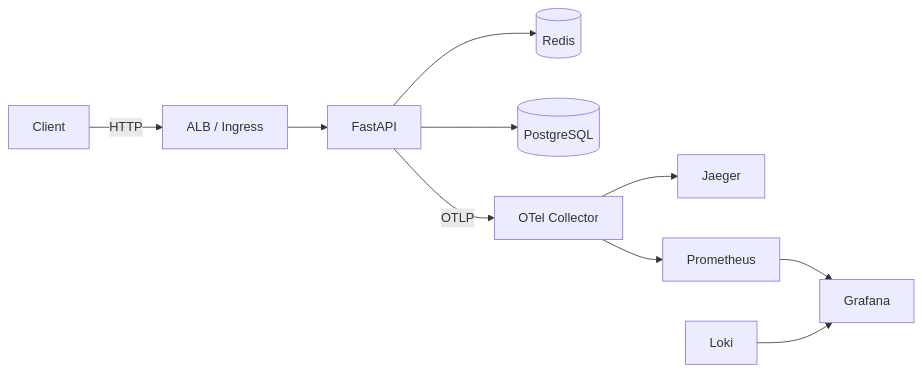
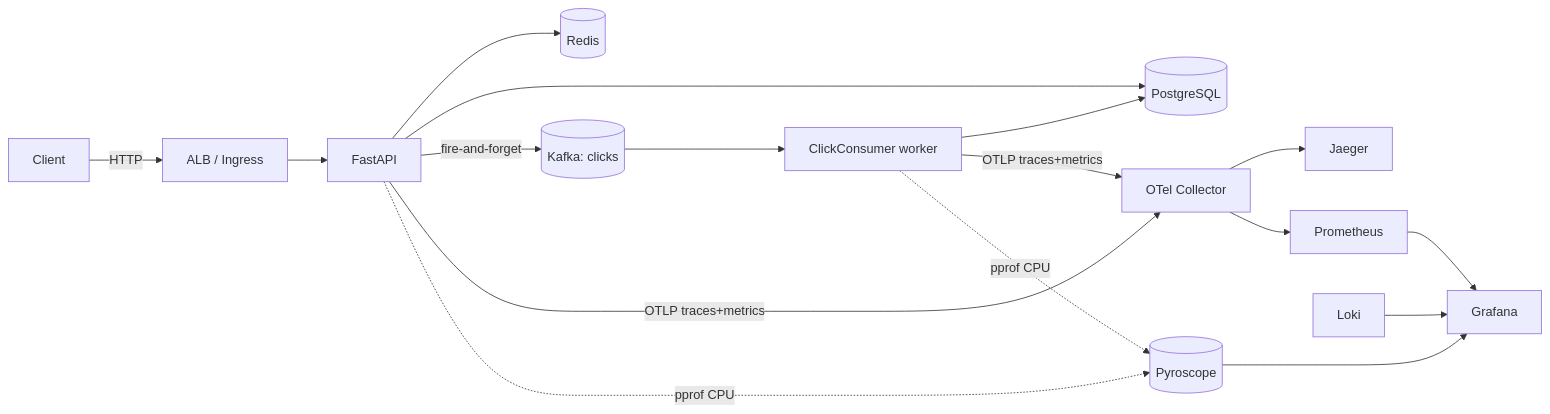
One commit to a-borychevskyi/shrinkr changed the diagram in README.md. Above: the diagram before and after it, drawn with Mermaid. The commit also changed other lines of this file, not shown here.

Commit message:
docs(readme): surface profiling + Kafka across diagram, stack, URLs

````diff
--- a/README.md
+++ b/README.md
@@ -9,12 +9,19 @@
 ```mermaid
 graph LR
     Client -->|HTTP| ALB[ALB / Ingress]
     ALB --> App[FastAPI]
     App --> Redis[(Redis)]
     App --> PG[(PostgreSQL)]
-    App -->|OTLP| Collector[OTel Collector]
+    App -->|fire-and-forget| Kafka[(Kafka: clicks)]
+    Kafka --> Worker[ClickConsumer worker]
+    Worker --> PG
+    App -->|OTLP traces+metrics| Collector[OTel Collector]
+    Worker -->|OTLP traces+metrics| Collector
+    App -.->|pprof CPU| Pyroscope[(Pyroscope)]
+    Worker -.->|pprof CPU| Pyroscope
     Collector --> Jaeger
     Collector --> Prometheus
     Prometheus --> Grafana
+    Pyroscope --> Grafana
     Loki --> Grafana
 ```
````
